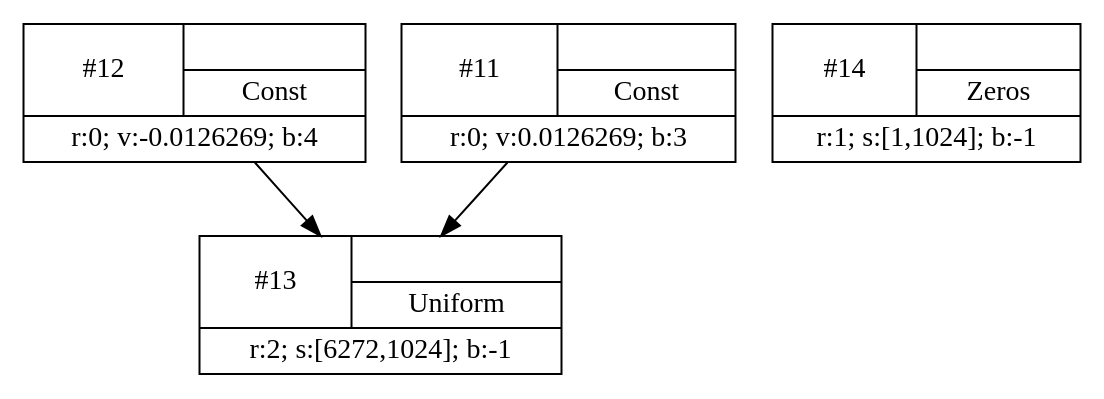
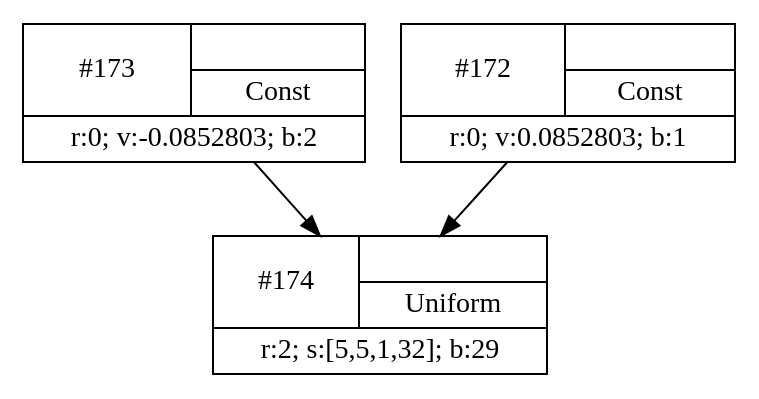
One commit to jzstark/icfp-demo changed the diagram in mnist_train/backward_graph/backward.dot. Above: the diagram before and after it, drawn with Graphviz. The commit also changed 18 other files, not shown here.

```diff
--- a/mnist_train/backward_graph/backward.dot
+++ b/mnist_train/backward_graph/backward.dot
@@ -1,9 +1,8 @@
 digraph CG {
 node [shape=record];
-12 -> 13;
-11 -> 13;
-13 [ label="{{#13 | {  | Uniform }} | r:2; s:[6272,1024]; b:-1 }"];
-12 [ label="{{#12 | {  | Const }} | r:0; v:-0.0126269; b:4 }"];
-11 [ label="{{#11 | {  | Const }} | r:0; v:0.0126269; b:3 }"];
-14 [ label="{{#14 | {  | Zeros }} | r:1; s:[1,1024]; b:-1 }"];
+173 -> 174;
+172 -> 174;
+174 [ label="{{#174 | {  | Uniform }} | r:2; s:[5,5,1,32]; b:29 }"];
+173 [ label="{{#173 | {  | Const }} | r:0; v:-0.0852803; b:2 }"];
+172 [ label="{{#172 | {  | Const }} | r:0; v:0.0852803; b:1 }"];
 }
```
